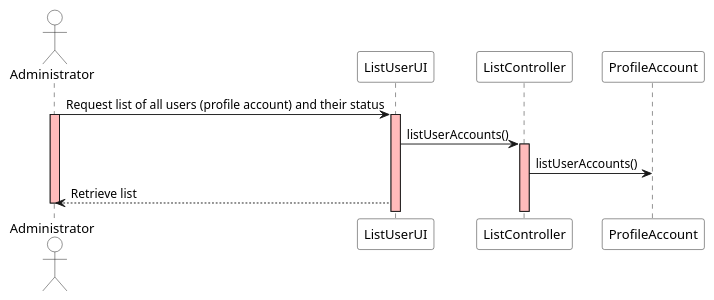
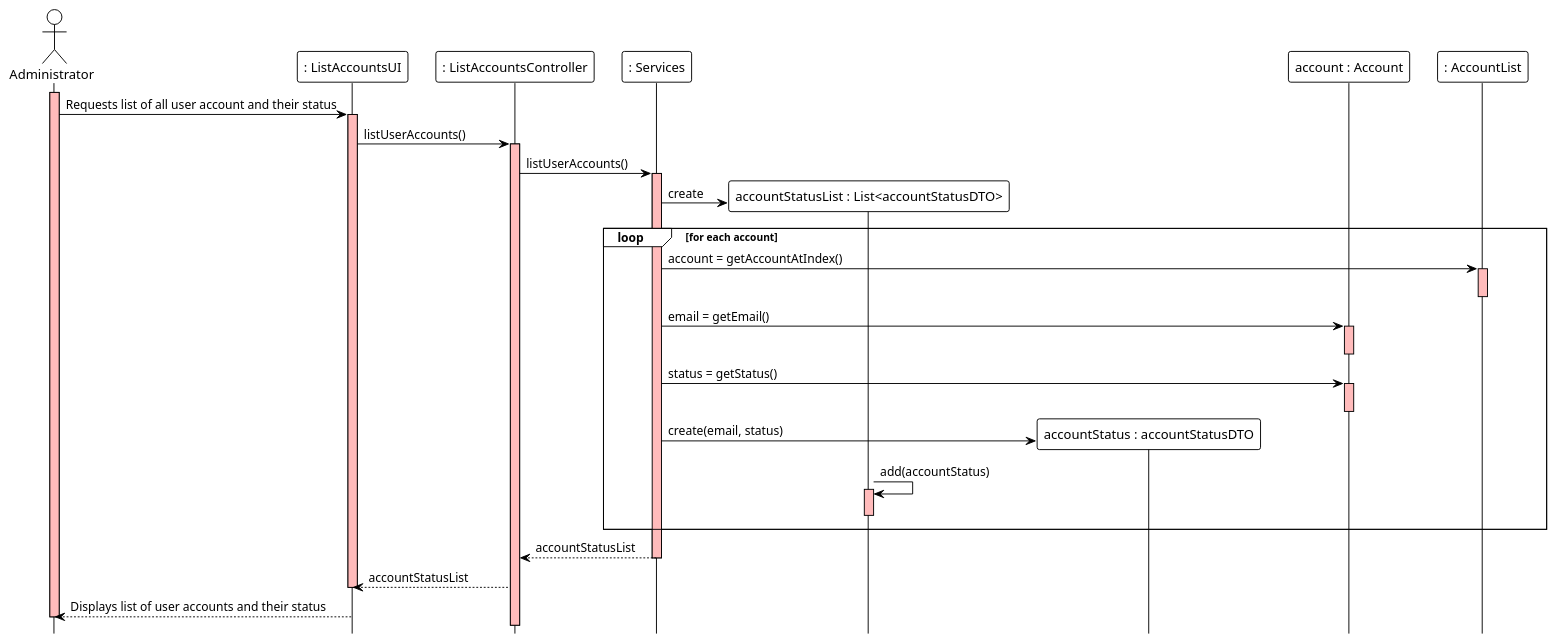
Before and after one commit to ivo-menezes/project_g3: the diagram in docs/modelling_design/user_stories/us004/US004_ListAllAccountsAndStatusSD.puml, drawn with PlantUML.

Commit message:
US004: Design: update ListAllAccountsAndStatusSD

```diff
--- a/docs/modelling_design/user_stories/us004/US004_ListAllAccountsAndStatusSD.puml
+++ b/docs/modelling_design/user_stories/us004/US004_ListAllAccountsAndStatusSD.puml
@@ -1,21 +1,53 @@
 @startuml
+!theme plain
+hide footbox
 
-actor Administrator as Administrator #white
-participant "ListUserUI" as UI #white
-participant "ListController" as Controller #white
-participant "ProfileAccount" as Account #white
+actor Administrator as Administrator
+participant ": ListAccountsUI" as UI
+participant ": ListAccountsController" as Controller
+participant ": Services" as Services
+participant "accountStatusList : List<accountStatusDTO>" as DTOList
+participant "accountStatus : accountStatusDTO" as DTO
+participant "account : Account" as account
 
+participant ": AccountList" as AccountList
 
-Administrator ->  UI: Request list of all users (profile account) and their status
 activate Administrator #FFBBBB
+Administrator ->  UI: Requests list of all user account and their status
+
 activate UI #FFBBBB
 UI -> Controller: listUserAccounts()
 
 activate Controller #FFBBBB
-Controller -> Account: listUserAccounts()
+Controller -> Services: listUserAccounts()
 
-'Controller --> UI: User account (profile account) and status listed
+activate Services #FFBBBB
+Services -> DTOList ** : create
 
-UI --> Administrator: Retrieve list
+loop for each account
+Services -> AccountList : account = getAccountAtIndex()
+activate AccountList #FFBBBB
+deactivate AccountList
+Services -> account : email = getEmail()
+activate account #FFBBBB
+deactivate account
+Services -> account : status = getStatus()
+activate account #FFBBBB
+deactivate account
+
+Services -> DTO ** : create(email, status)
+
+DTOList -> DTOList : add(accountStatus)
+activate DTOList #FFBBBB
+deactivate DTOList
+end
+
+Services --> Controller : accountStatusList
+deactivate Services
+
+Controller --> UI : accountStatusList
+deactivate UI
+
+UI --> Administrator: Displays list of user accounts and their status
 deactivate Administrator #FFBBBB
 @enduml
```
